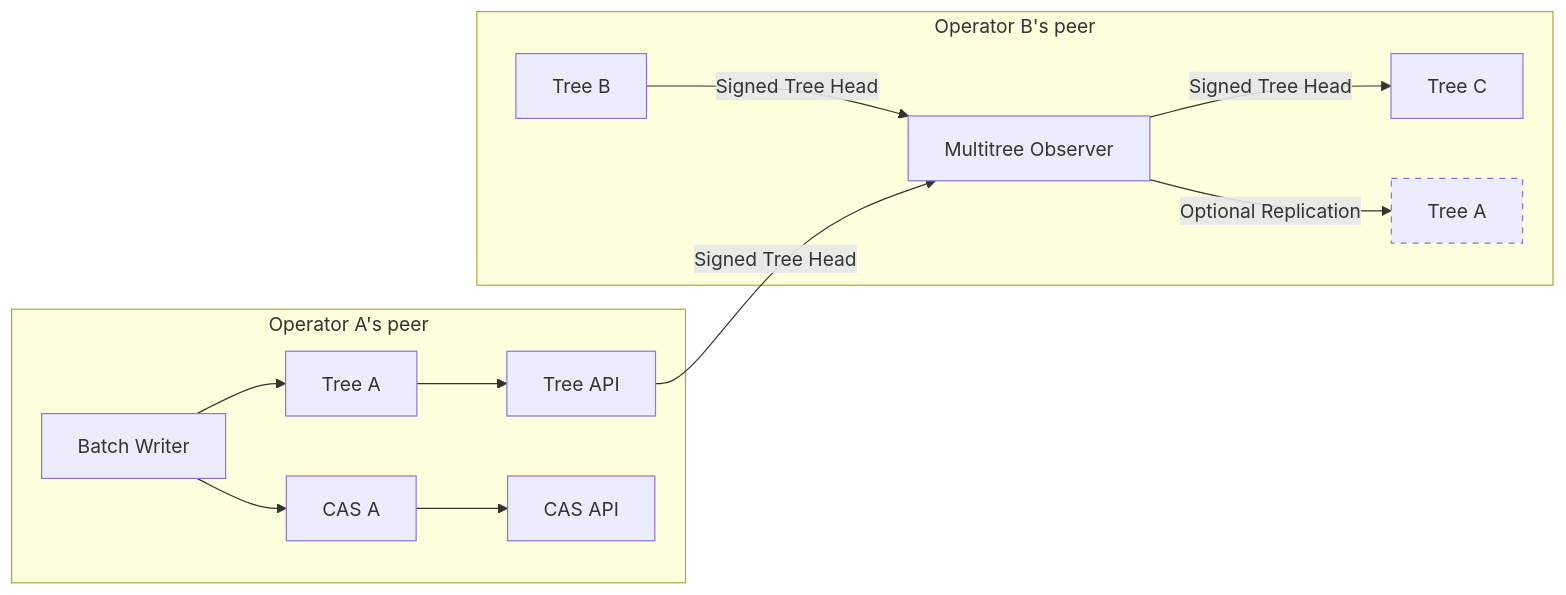
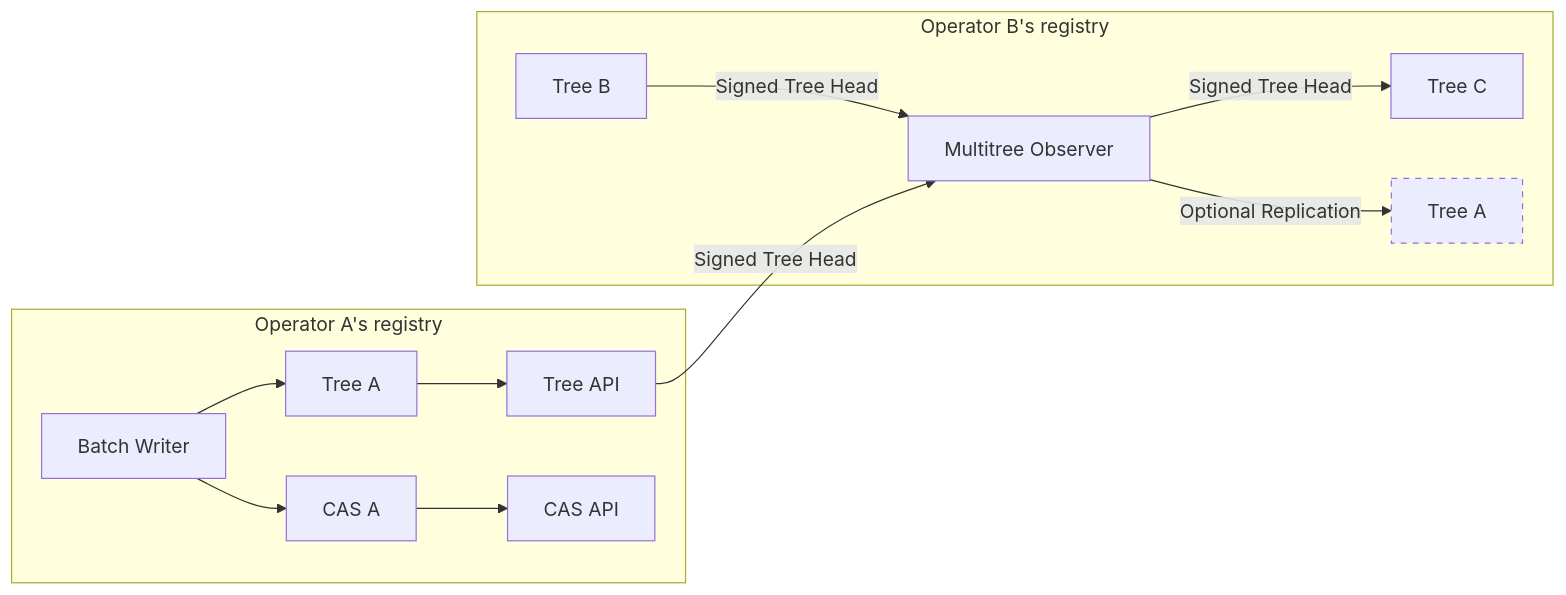
Before and after one commit to trustbloc/trustbloc-did-method: the third of 6 diagrams in docs/whitepaper/federated_sidetree.md, drawn with Mermaid. The commit also changed other lines of this file, not shown here.

````diff
--- a/docs/whitepaper/federated_sidetree.md
+++ b/docs/whitepaper/federated_sidetree.md
@@ -64,22 +66,22 @@
 ```mermaid
 graph LR
-    subgraph Operator A's peer
+    subgraph Operator A's registry
         BWA[Batch Writer]
         BWA --> TA[Tree A]
         BWA --> CASA[CAS A]
         TA --> TAPIA[Tree API]
         CASA --> CASAPIA[CAS API]
     end
-    subgraph Operator B's peer
+    subgraph Operator B's registry
         OBS[Multitree Observer]
         TC[Tree C]
         OBS -->|Signed Tree Head| TC
         TB[Tree B]
         TB -->|Signed Tree Head| OBS
 
         TA2[Tree A]
         style TA2 stroke-dasharray: 5 5
         OBS -->|Optional Replication| TA2
     end
     TAPIA -->|Signed Tree Head| OBS
 ```
````
